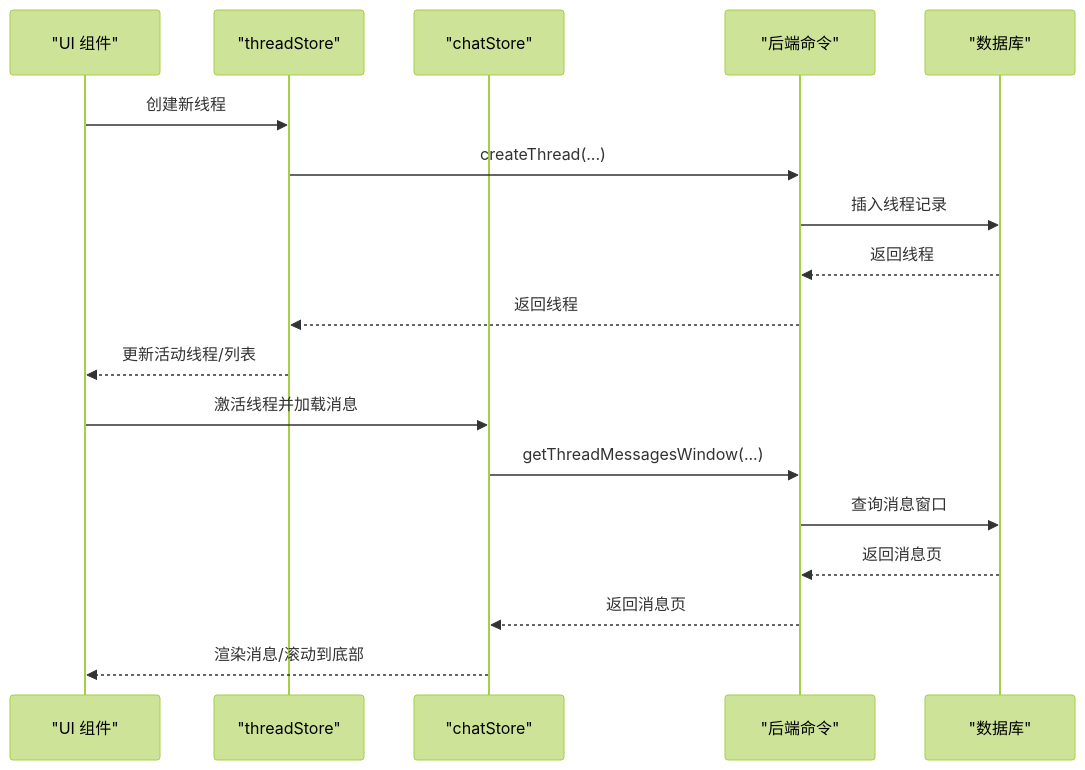
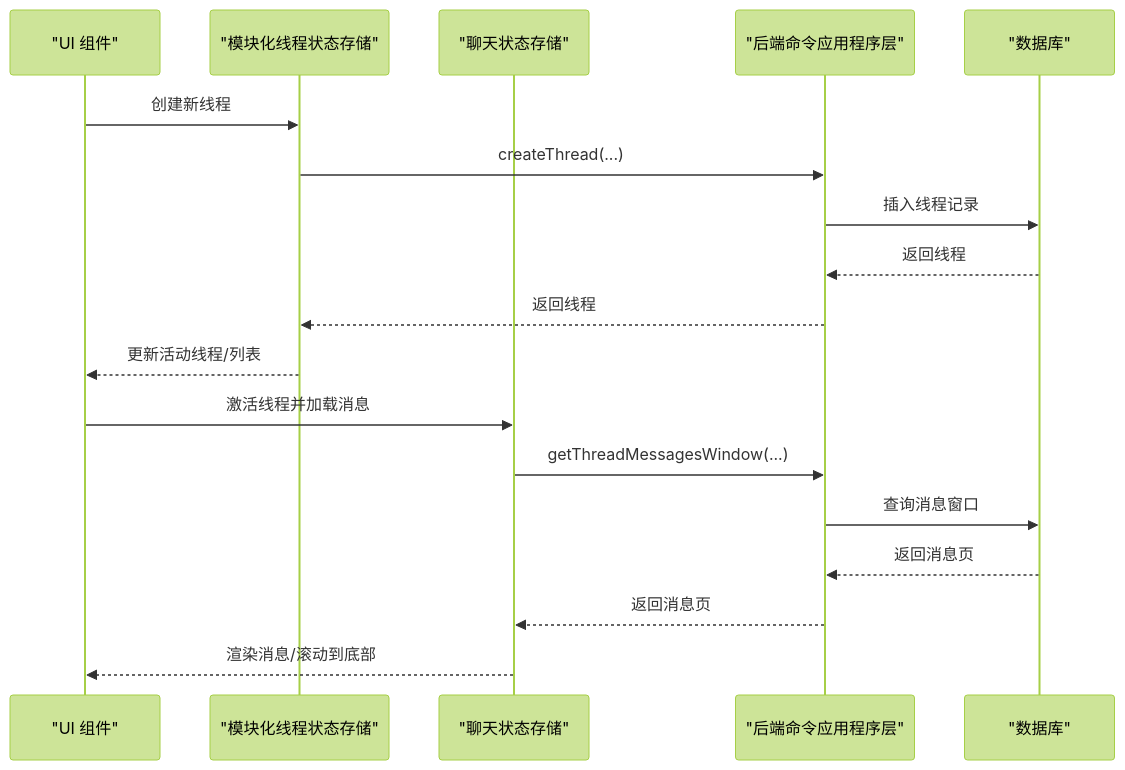
Before and after one commit to yattin/panes: the second of 7 diagrams in .qoder/repowiki/zh/content/核心功能/聊天和 AI 集成/线程和对话管理.md, drawn with Mermaid (forest theme). The commit also changed other lines of this file and 45 other files, not shown here.

````diff
--- a/.qoder/repowiki/zh/content/核心功能/聊天和 AI 集成/线程和对话管理.md
+++ b/.qoder/repowiki/zh/content/核心功能/聊天和 AI 集成/线程和对话管理.md
@@ -136,20 +135,20 @@
 ```mermaid
 sequenceDiagram
 participant UI as "UI 组件"
-participant TS as "threadStore"
-participant CS as "chatStore"
-participant CMD as "后端命令"
+participant TS as "模块化线程状态存储"
+participant CS as "聊天状态存储"
+participant CMD as "后端命令应用程序层"
 participant DB as "数据库"
 UI->>TS : 创建新线程
 TS->>CMD : createThread(...)
 CMD->>DB : 插入线程记录
 DB-->>CMD : 返回线程
 CMD-->>TS : 返回线程
 TS-->>UI : 更新活动线程/列表
 UI->>CS : 激活线程并加载消息
 CS->>CMD : getThreadMessagesWindow(...)
 CMD->>DB : 查询消息窗口
 DB-->>CMD : 返回消息页
 CMD-->>CS : 返回消息页
 CS-->>UI : 渲染消息/滚动到底部
 ```
````
